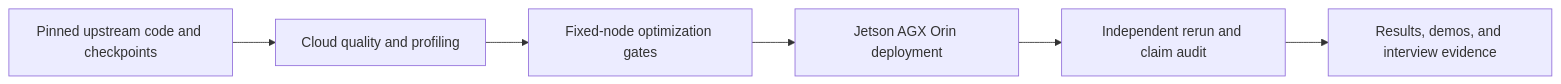
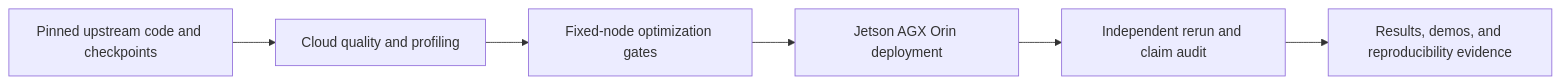
Before and after one commit to LittleGeng/edge-ai-systems-portfolio: the diagram in README.md, drawn with Mermaid. The commit also changed other lines of this file and 2 other files, not shown here.

Commit message:
Keep interview Q&A private

````diff
--- a/README.md
+++ b/README.md
@@ -14,8 +14,8 @@
 ```mermaid
 flowchart LR
     A["Pinned upstream code and checkpoints"] --> B["Cloud quality and profiling"]
     B --> C["Fixed-node optimization gates"]
     C --> D["Jetson AGX Orin deployment"]
     D --> E["Independent rerun and claim audit"]
-    E --> F["Results, demos, and interview evidence"]
+    E --> F["Results, demos, and reproducibility evidence"]
 ```
````
